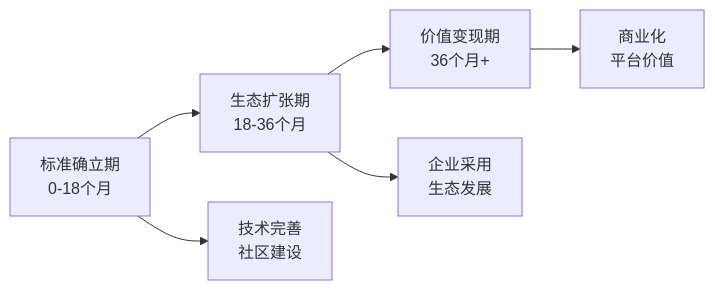
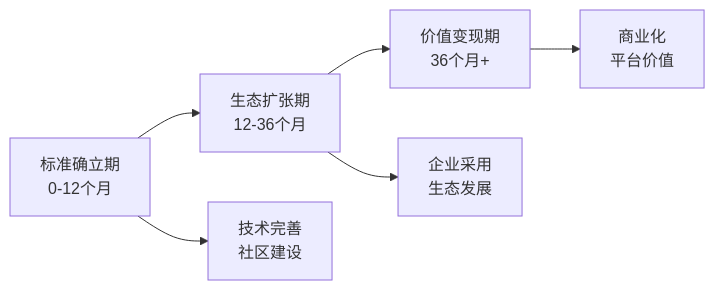
Before and after one commit to Deepractice/COSE: the fifth of 6 diagrams in BP_STRUCTURE.md, drawn with Mermaid. The commit also changed other lines of this file and 2 other files, not shown here.

````diff
--- a/BP_STRUCTURE.md
+++ b/BP_STRUCTURE.md
@@ -96,9 +162,9 @@
 ```mermaid
 graph LR
-    A[标准确立期<br/>0-18个月] --> B[生态扩张期<br/>18-36个月]
+    A[标准确立期<br/>0-12个月] --> B[生态扩张期<br/>12-36个月]
     B --> C[价值变现期<br/>36个月+]
     
     A --> A1[技术完善<br/>社区建设]
     B --> B1[企业采用<br/>生态发展]
     C --> C1[商业化<br/>平台价值]
 ```
````
